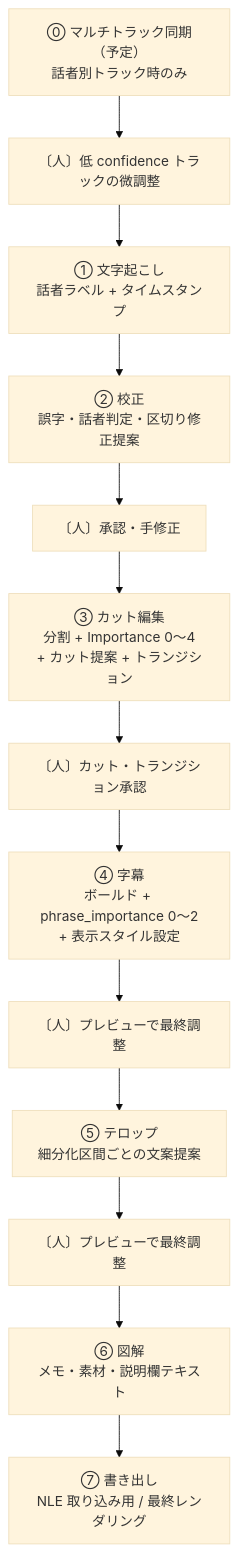
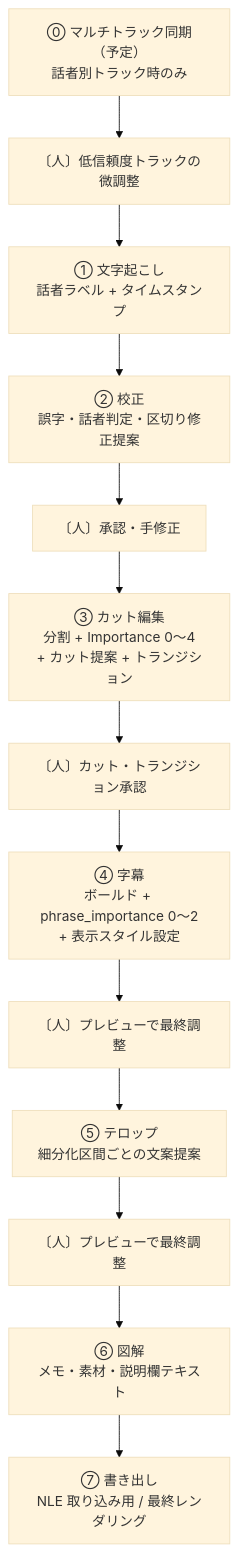
The diagram in README.md (TK-design336/yuru-style-video-editor), drawn with Mermaid (base theme) before and after one commit. The commit also changed other lines of this file, not shown here.

````diff
--- a/README.md
+++ b/README.md
@@ -73,19 +23,19 @@
 ```mermaid
 flowchart TD
   S0["⓪ マルチトラック同期（予定）\n話者別トラック時のみ"]
-  S0h["〔人〕低 confidence トラックの微調整"]
+  S0h["〔人〕低信頼度トラックの微調整"]
   S1["① 文字起こし\n話者ラベル + タイムスタンプ"]
   S2["② 校正\n誤字・話者判定・区切り修正提案"]
   S2h["〔人〕承認・手修正"]
   S3["③ カット編集\n分割 + Importance 0〜4\n+ カット提案 + トランジション"]
   S3h["〔人〕カット・トランジション承認"]
   S4["④ 字幕\nボールド + phrase_importance 0〜2\n+ 表示スタイル設定"]
   S4p["〔人〕プレビューで最終調整"]
   S5["⑤ テロップ\n細分化区間ごとの文案提案"]
   S5p["〔人〕プレビューで最終調整"]
   S6["⑥ 図解\nメモ・素材・説明欄テキスト"]
   S7["⑦ 書き出し\nNLE 取り込み用 / 最終レンダリング"]
 
   S0 --> S0h --> S1
   S1 --> S2 --> S2h --> S3 --> S3h --> S4 --> S4p --> S5 --> S5p --> S6 --> S7
 ```
````
